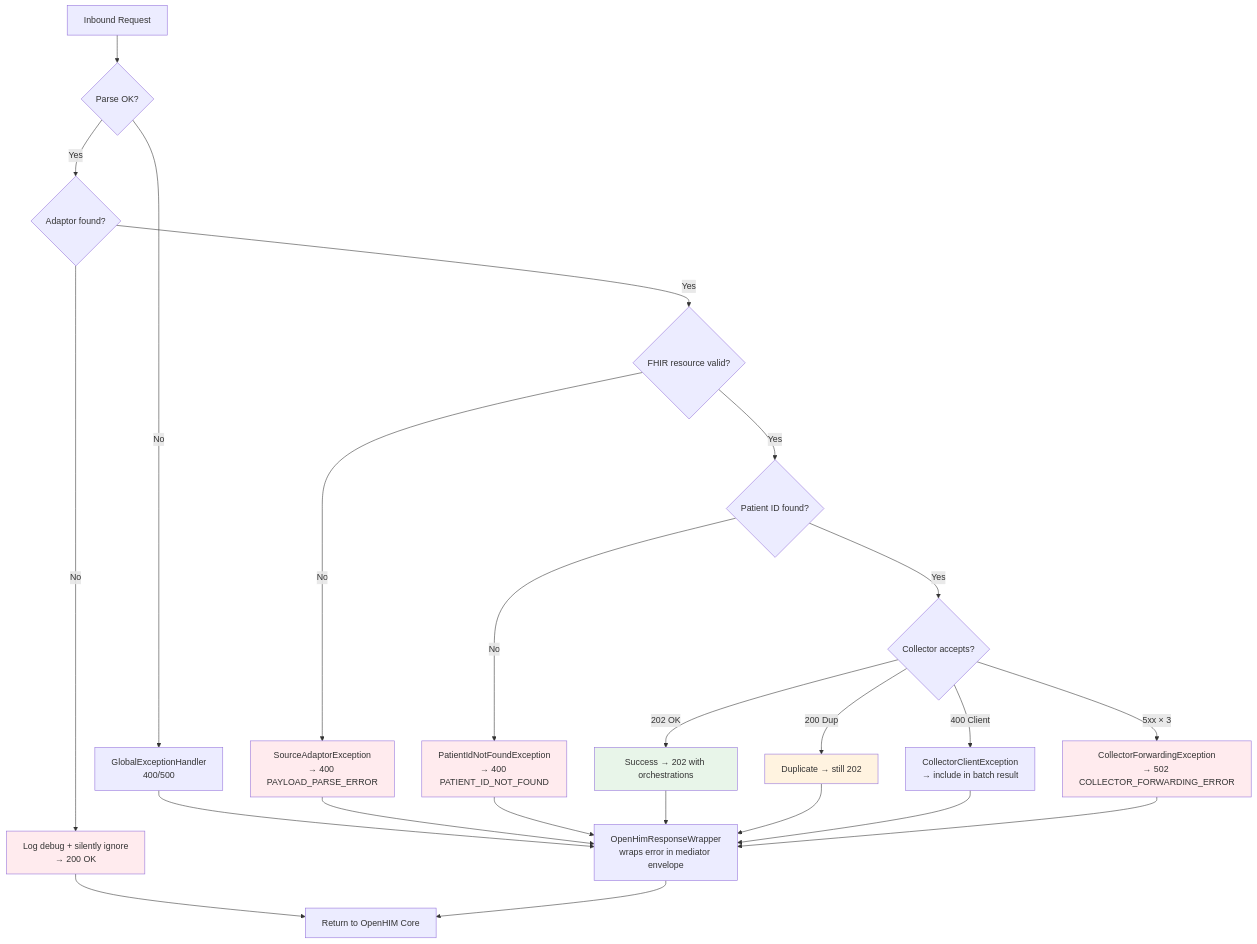
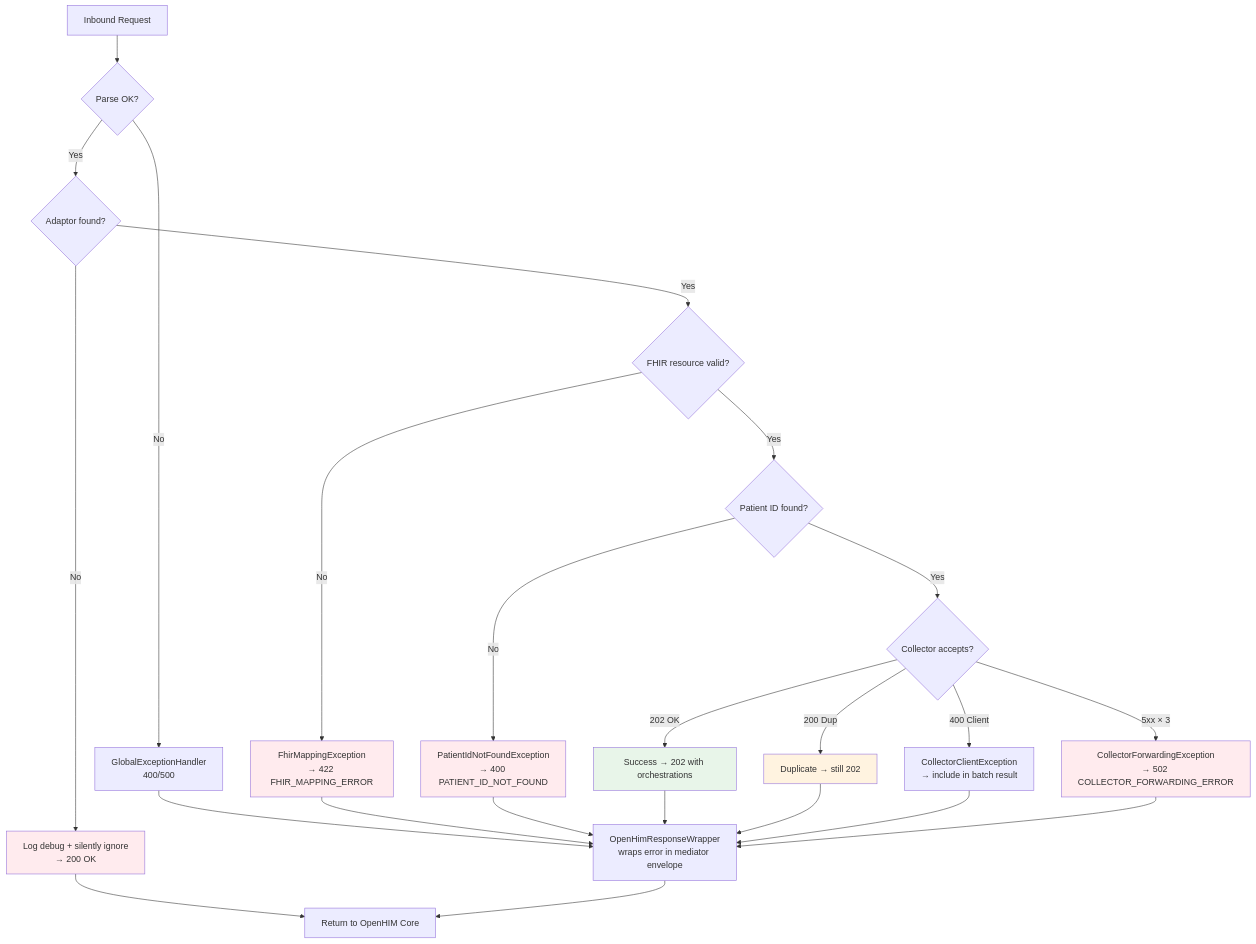
The sixth of 8 diagrams in docs/flow-diagrams.md (Jayaprakash8887/openhim-cce-emitter-adaptor), drawn with Mermaid before and after one commit. The commit also changed other lines of this file and 16 other files, not shown here.

````diff
--- a/docs/flow-diagrams.md
+++ b/docs/flow-diagrams.md
@@ -186,39 +186,39 @@
 ```mermaid
 flowchart TD
     A[Inbound Request] --> B{Parse OK?}
 
     B -->|No| C[GlobalExceptionHandler<br/>400/500]
     B -->|Yes| D{Adaptor found?}
 
     D -->|No| E[Log debug + silently ignore<br/>→ 200 OK]
     D -->|Yes| F{FHIR resource valid?}
 
-    F -->|No| G[SourceAdaptorException<br/>→ 400 PAYLOAD_PARSE_ERROR]
+    F -->|No| G[FhirMappingException<br/>→ 422 FHIR_MAPPING_ERROR]
     F -->|Yes| H{Patient ID found?}
 
     H -->|No| I[PatientIdNotFoundException<br/>→ 400 PATIENT_ID_NOT_FOUND]
     H -->|Yes| J{Collector accepts?}
 
     J -->|202 OK| K[Success → 202 with orchestrations]
     J -->|200 Dup| L[Duplicate → still 202]
     J -->|400 Client| M[CollectorClientException<br/>→ include in batch result]
     J -->|5xx × 3| N[CollectorForwardingException<br/>→ 502 COLLECTOR_FORWARDING_ERROR]
 
     C --> O[OpenHimResponseWrapper<br/>wraps error in mediator envelope]
     E --> P
     G --> O
     I --> O
     K --> O
     L --> O
     M --> O
     N --> O
 
     O --> P[Return to OpenHIM Core]
 
     style K fill:#e8f5e9
     style L fill:#fff3e0
     style E fill:#ffebee
     style G fill:#ffebee
     style I fill:#ffebee
     style N fill:#ffebee
 ```
````
